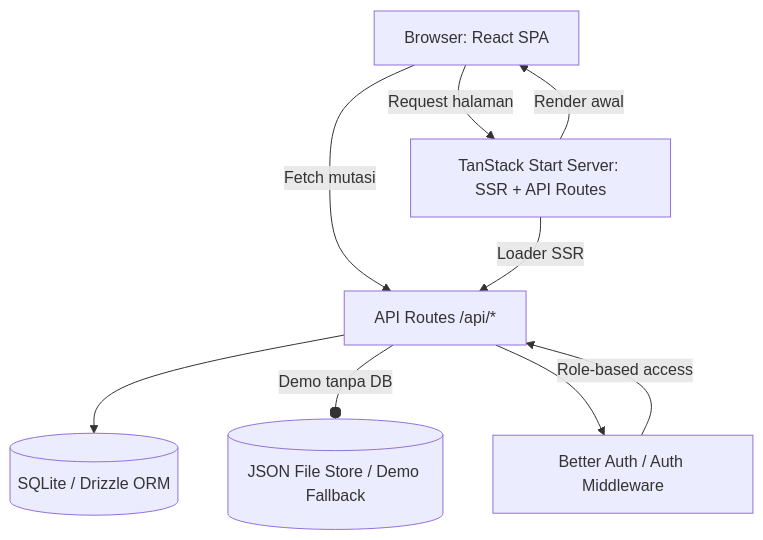
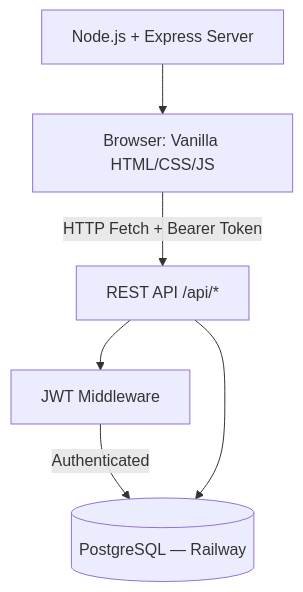
The first of 2 diagrams in prd2.md (bayuski08-blip/supplier-pro-v2), drawn with Mermaid before and after one commit. The commit also changed other lines of this file, not shown here.

Commit message:
docs: update PRD to reflect current implementation (PostgreSQL, all API endpoints, full schema, business rules)

````diff
--- a/prd2.md
+++ b/prd2.md
@@ -99,18 +176,14 @@
 ```mermaid
 flowchart TD
-    Client[Browser: React SPA]
-    Server[TanStack Start Server: SSR + API Routes]
-    API[API Routes /api/*]
-    DB[(SQLite / Drizzle ORM)]
-    JSON_FALLBACK[(JSON File Store / Demo Fallback)]
-    Auth[Better Auth / Auth Middleware]
-    
-    Client -->|Request halaman| Server
-    Client -->|Fetch mutasi| API
-    Server -->|Loader SSR| API
+    Browser[Browser: Vanilla HTML/CSS/JS]
+    Server[Node.js + Express Server]
+    API[REST API /api/*]
+    DB[(PostgreSQL — Railway)]
+    JWT[JWT Middleware]
+
+    Browser -->|HTTP Fetch + Bearer Token| API
+    API --> JWT
+    JWT -->|Authenticated| DB
+    Server --> Browser
     API --> DB
-    API --o|Demo tanpa DB| JSON_FALLBACK
-    API --> Auth
-    Server -->|Render awal| Client
-    Auth -->|Role-based access| API
 ```
````
